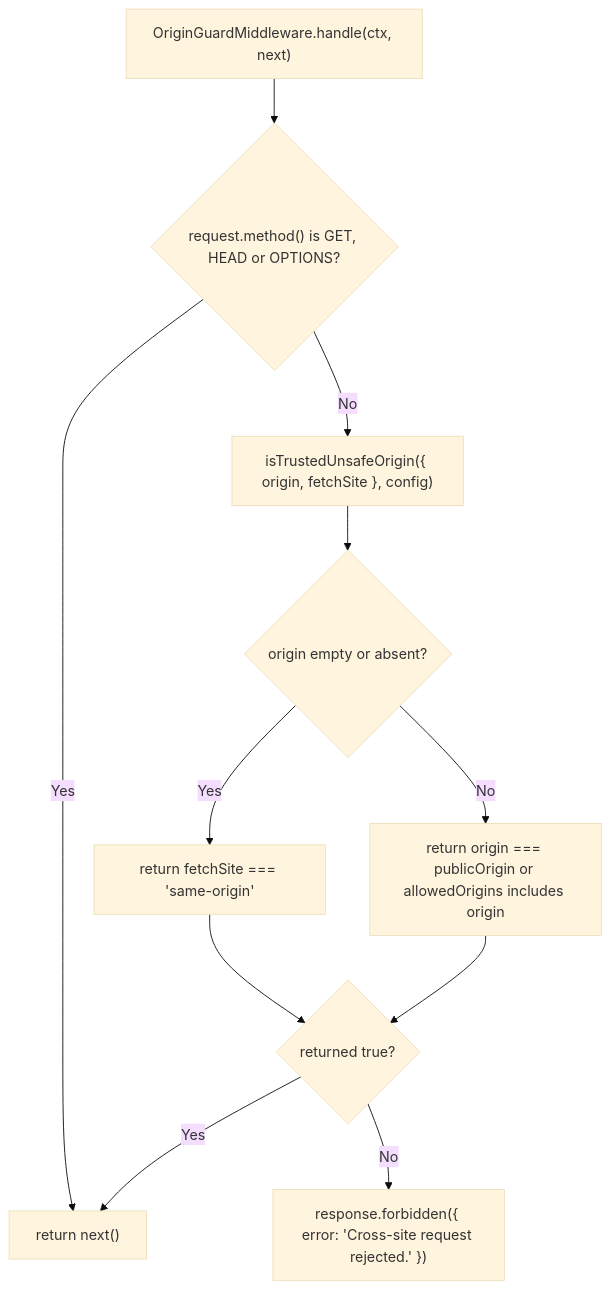
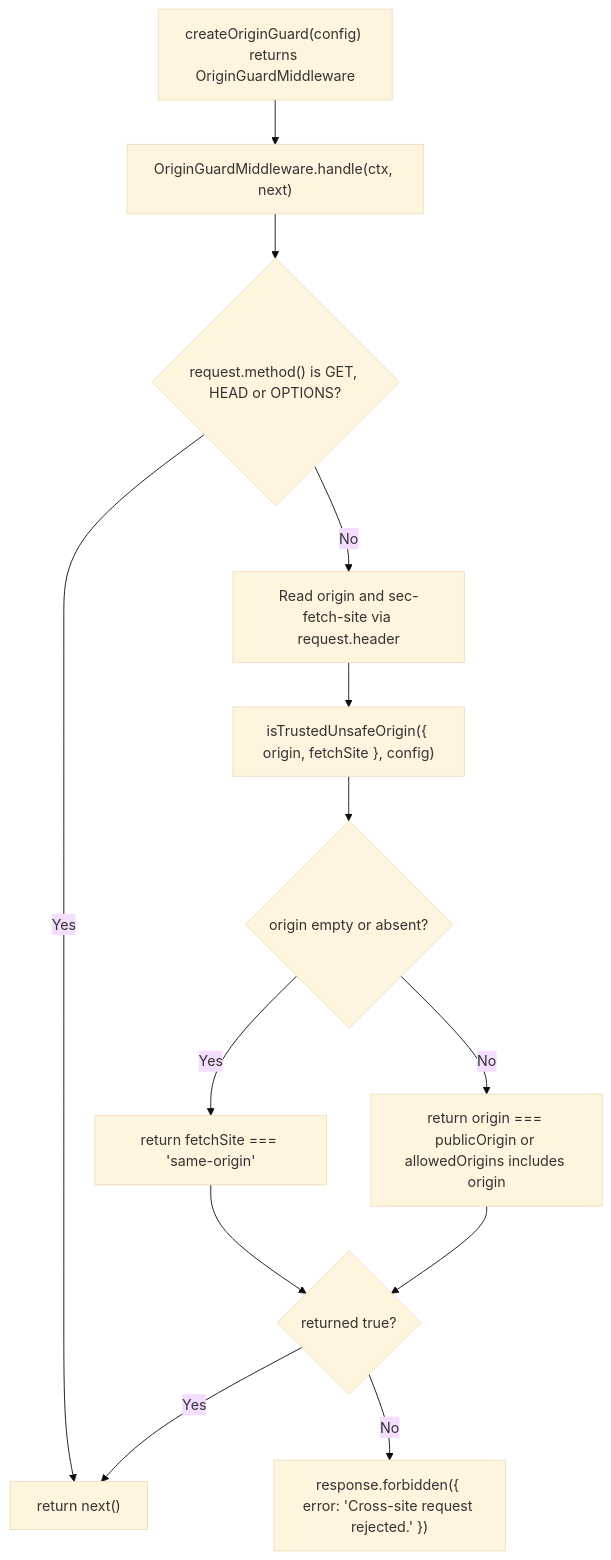
Before and after one commit to Kevinjohn/oss-adonisjs-origin-guard: the second of 2 diagrams in user-stories/US-ORIGIN-01-refuse-cross-site-writes.md, drawn with Mermaid (base theme). The commit also changed other lines of this file and 8 other files, not shown here.

````diff
--- a/user-stories/US-ORIGIN-01-refuse-cross-site-writes.md
+++ b/user-stories/US-ORIGIN-01-refuse-cross-site-writes.md
@@ -47,13 +47,15 @@
 ```mermaid
 flowchart TD
-    A["OriginGuardMiddleware.handle(ctx, next)"] --> B{"request.method() is GET, HEAD or OPTIONS?"}
+    P["createOriginGuard(config) returns OriginGuardMiddleware"] --> A["OriginGuardMiddleware.handle(ctx, next)"]
+    A --> B{"request.method() is GET, HEAD or OPTIONS?"}
     B -->|Yes| N["return next()"]
-    B -->|No| C["isTrustedUnsafeOrigin({ origin, fetchSite }, config)"]
+    B -->|No| R["Read origin and sec-fetch-site via request.header"]
+    R --> C["isTrustedUnsafeOrigin({ origin, fetchSite }, config)"]
     C --> D{"origin empty or absent?"}
     D -->|Yes| E["return fetchSite === 'same-origin'"]
     D -->|No| F["return origin === publicOrigin or allowedOrigins includes origin"]
     E --> G{"returned true?"}
     F --> G
     G -->|Yes| N
     G -->|No| H["response.forbidden({ error: 'Cross-site request rejected.' })"]
 ```
````
